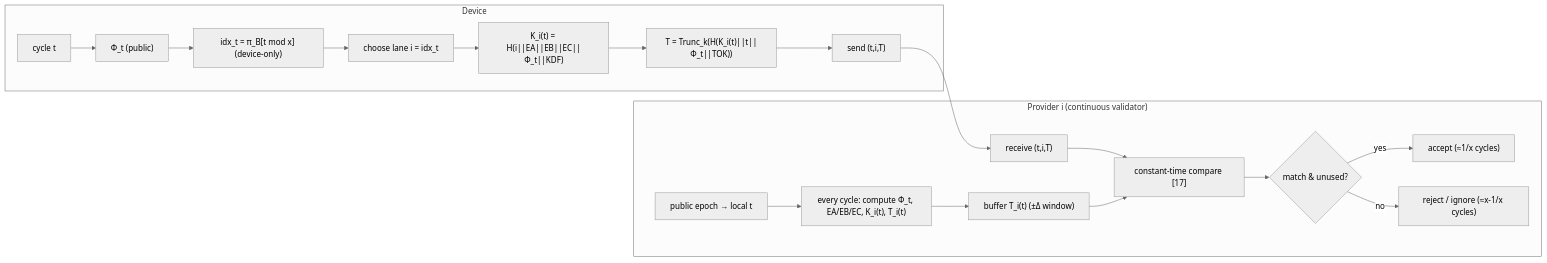
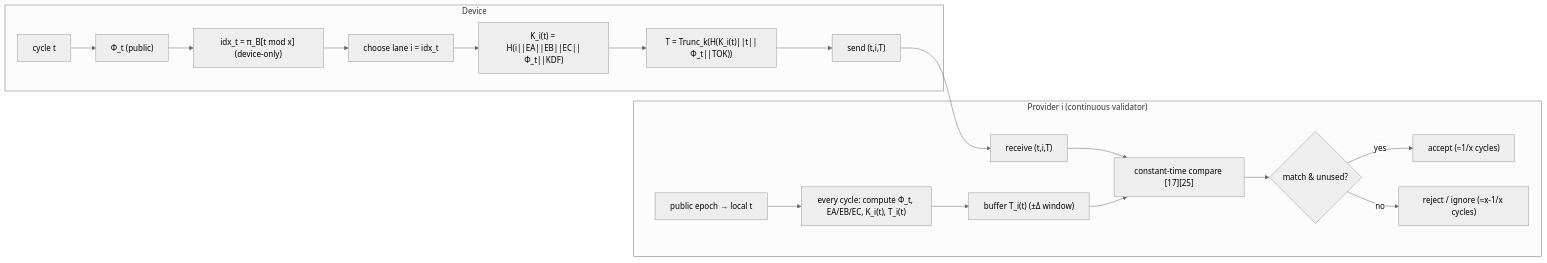
Before and after one commit to cekkr/phaselane-algorithm: the tenth of 14 diagrams in papers/main-paper.md, drawn with Mermaid. The commit also changed other lines of this file, not shown here.

````diff
--- a/papers/main-paper.md
+++ b/papers/main-paper.md
@@ -693,24 +693,24 @@
 ```mermaid
 %%{init: {"theme":"neutral","flowchart":{"curve":"basis"}} }%%
 flowchart LR
   subgraph Device
     t["cycle t"] --> Phi["Φ_t (public)"]
     Phi --> Perm["idx_t = π_B[t mod x] (device-only)"]
     Perm --> Lane["choose lane i = idx_t"]
     Lane --> Ki["K_i(t) = H(i||EA||EB||EC||Φ_t||KDF)"]
     Ki --> Tok["T = Trunc_k(H(K_i(t)||t||Φ_t||TOK))"]
     Tok --> Send["send (t,i,T)"]
   end
 
   subgraph Provider_i["Provider i (continuous validator)"]
     Clock["public epoch → local t"] --> Loop["every cycle: compute Φ_t, EA/EB/EC, K_i(t), T_i(t)"]
     Loop --> Buf["buffer T_i(t) (±Δ window)"]
-    Rx["receive (t,i,T)"] --> Cmp["constant-time compare [17]"]
+    Rx["receive (t,i,T)"] --> Cmp["constant-time compare [17][25]"]
     Buf --> Cmp
     Cmp --> Match{"match & unused?"}
     Match -->|yes| Accept["accept (≈1/x cycles)"]
     Match -->|no| Reject["reject / ignore (≈x-1/x cycles)"]
   end
 
   Send --> Rx
 ```
````
